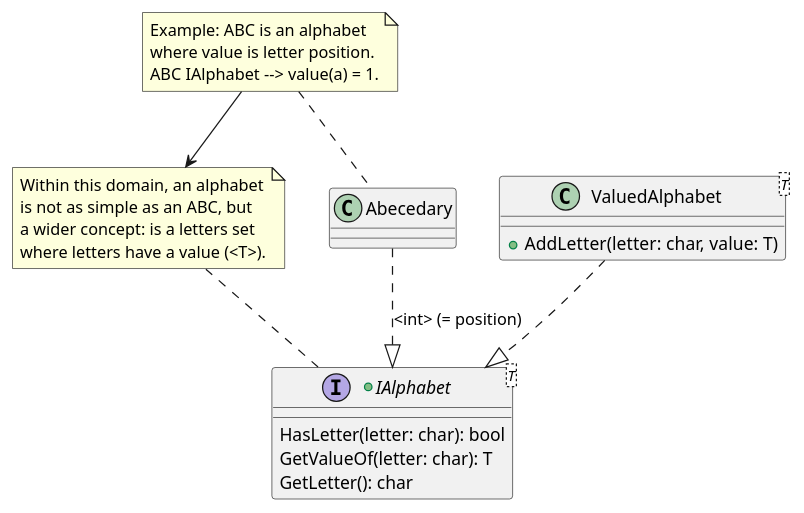
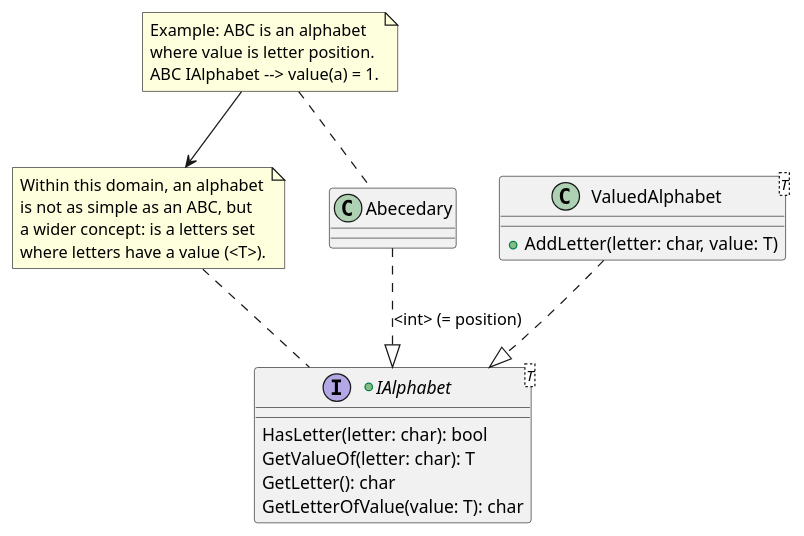
One commit to RicardoGuzmanVelasco/Kalendra.Words changed the diagram in Assets/Kalendra.Words/Documentation~/Alphabet.puml. Above: the diagram before and after it, drawn with PlantUML. The commit also changed 3 other files, not shown here.

```diff
--- a/Assets/Kalendra.Words/Documentation~/Alphabet.puml
+++ b/Assets/Kalendra.Words/Documentation~/Alphabet.puml
@@ -1,34 +1,35 @@
 @startuml
 'https://plantuml.com/class-diagram
 
 +interface IAlphabet<T>
 {
     HasLetter(letter: char): bool
     GetValueOf(letter: char): T
     GetLetter(): char
+    GetLetterOfValue(value: T): char
 }
 
 note as NoteIAlphabet
 Within this domain, an alphabet
 is not as simple as an ABC, but
 a wider concept: is a letters set
 where letters have a value (<T>).
 end note
 NoteIAlphabet .. IAlphabet
 
 Abecedary ..|> IAlphabet : <int> (= position)
 
 note as NoteAbecedary
 Example: ABC is an alphabet
 where value is letter position.
 ABC IAlphabet --> value(a) = 1.
 end note
 NoteAbecedary .. Abecedary
 NoteAbecedary --> NoteIAlphabet
 
 class ValuedAlphabet<T>{
     +AddLetter(letter: char, value: T)
 }
 ValuedAlphabet ..|> IAlphabet
 
 @enduml
```
